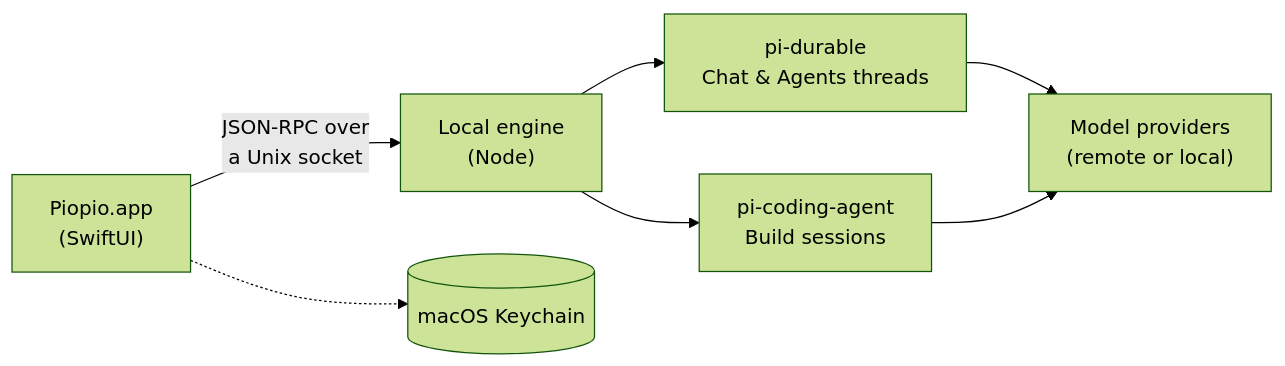
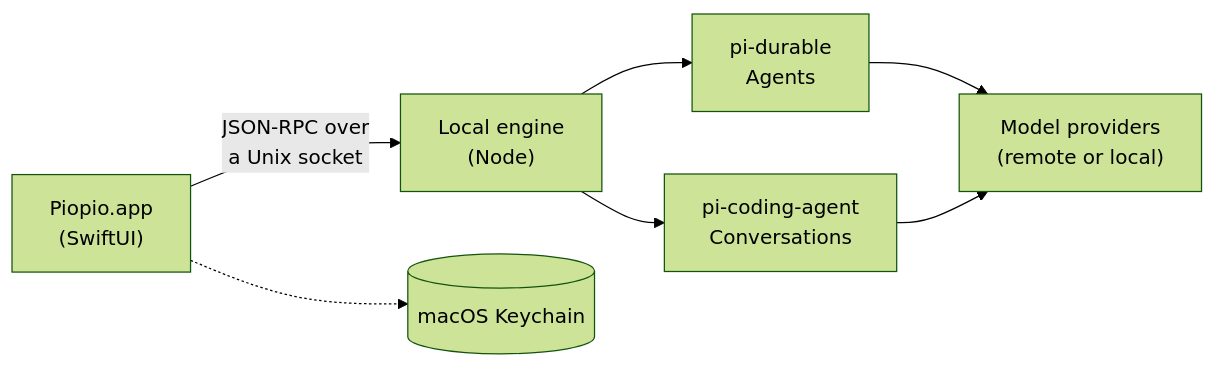
One commit to antonioaragues/piopio changed the diagram in README.md. Above: the diagram before and after it, drawn with Mermaid (forest theme). The commit also changed other lines of this file and 30 other files, not shown here.

````diff
--- a/README.md
+++ b/README.md
@@ -64,8 +64,8 @@
 ```mermaid
 flowchart LR
   app["Piopio.app<br/>(SwiftUI)"] -- "JSON-RPC over<br/>a Unix socket" --> engine["Local engine<br/>(Node)"]
-  engine --> durable["pi-durable<br/>Chat & Agents threads"]
-  engine --> coding["pi-coding-agent<br/>Build sessions"]
+  engine --> durable["pi-durable<br/>Agents"]
+  engine --> coding["pi-coding-agent<br/>Conversations"]
   durable & coding --> models["Model providers<br/>(remote or local)"]
   app -.-> keychain[("macOS Keychain")]
 ```
````
